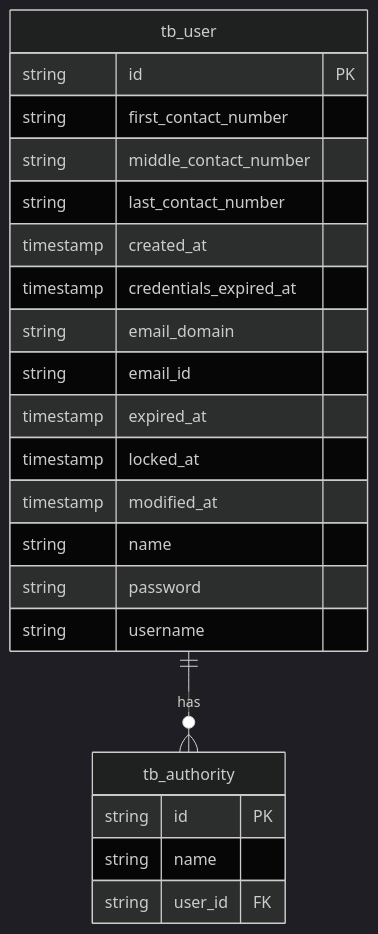
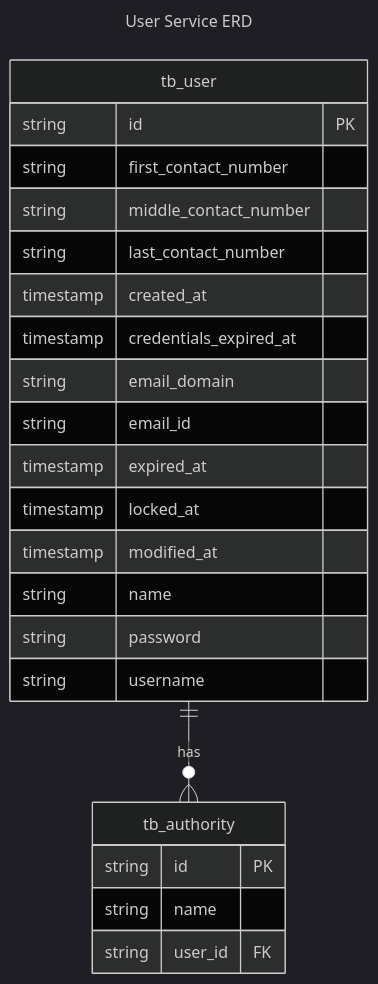
One commit to KalGookSoo/springboot-msa changed the second of 2 diagrams in user/README.md. Above: the diagram before and after it, drawn with Mermaid (dark theme). The commit also changed other lines of this file, not shown here.

Commit message:
docs: README.md 수정 다이어그램 타이틀 추가

````diff
--- a/user/README.md
+++ b/user/README.md
@@ -64,25 +67,28 @@
 ```mermaid
+---
+title: User Service ERD
+---
 erDiagram
     tb_user {
         string id PK
         string first_contact_number
         string middle_contact_number
         string last_contact_number
         timestamp created_at
         timestamp credentials_expired_at
         string email_domain
         string email_id
         timestamp expired_at
         timestamp locked_at
         timestamp modified_at
         string name
         string password
         string username
     }
     tb_authority {
         string id PK
         string name
         string user_id FK
     }
     tb_user ||--o{ tb_authority: has
 ```
````
